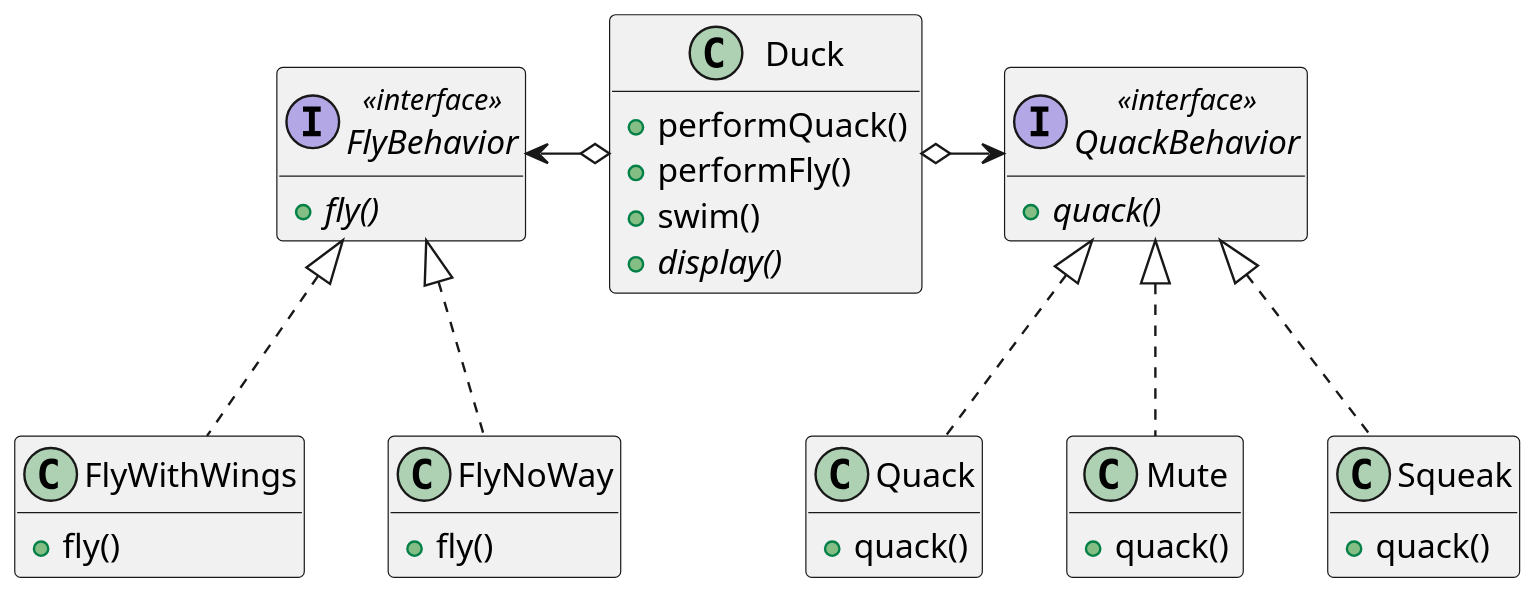
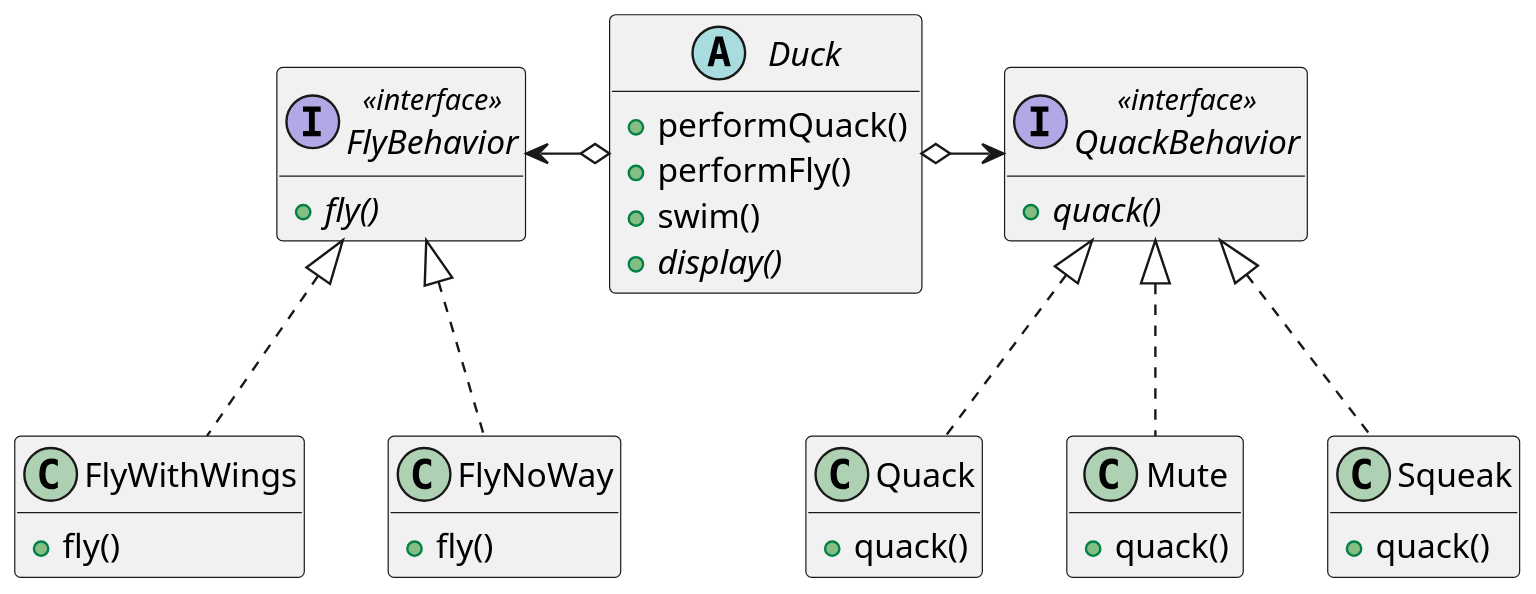
One commit to MarcoBuster/sweng changed the first of 2 diagrams in src/08_patterns/07_strategy.md. Above: the diagram before and after it, drawn with PlantUML. The commit also changed other lines of this file, not shown here.

````diff
--- a/src/08_patterns/07_strategy.md
+++ b/src/08_patterns/07_strategy.md
@@ -20,36 +20,36 @@
 ```plantuml
 @startuml
 scale 1024 width
 
 interface FlyBehavior << interface >> {
     + {abstract} fly()
 }
-class Duck {
+abstract Duck {
     + performQuack()
     + performFly()
     + swim()
     + {abstract} display()
 }
 FlyBehavior <-o Duck
 interface QuackBehavior << interface >> {
     + {abstract} quack()
 }
 Duck o-> QuackBehavior
 class FlyWithWings implements FlyBehavior {
     + fly()
 }
 class FlyNoWay implements FlyBehavior {
     + fly()
 } 
 class Quack implements QuackBehavior {
     + quack()
 }
 class Mute implements QuackBehavior {
     + quack()
 }
 class Squeak implements QuackBehavior {
     + quack()
 }
 hide empty fields
 @enduml
 ``` 
````
